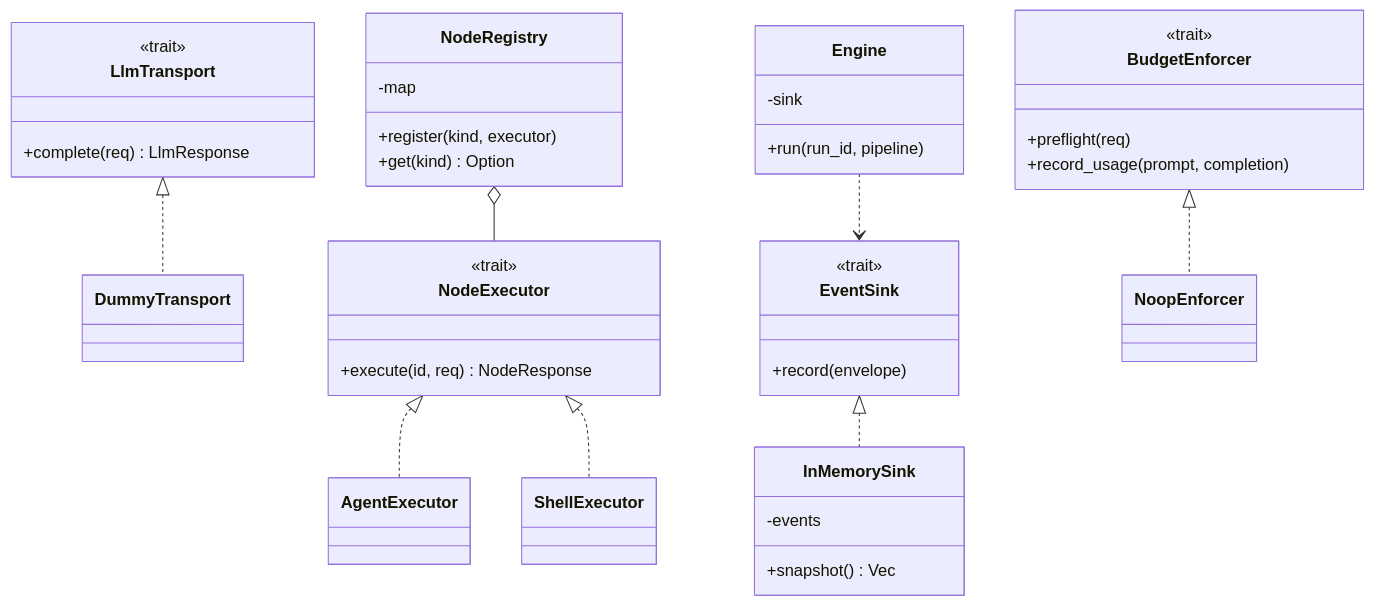
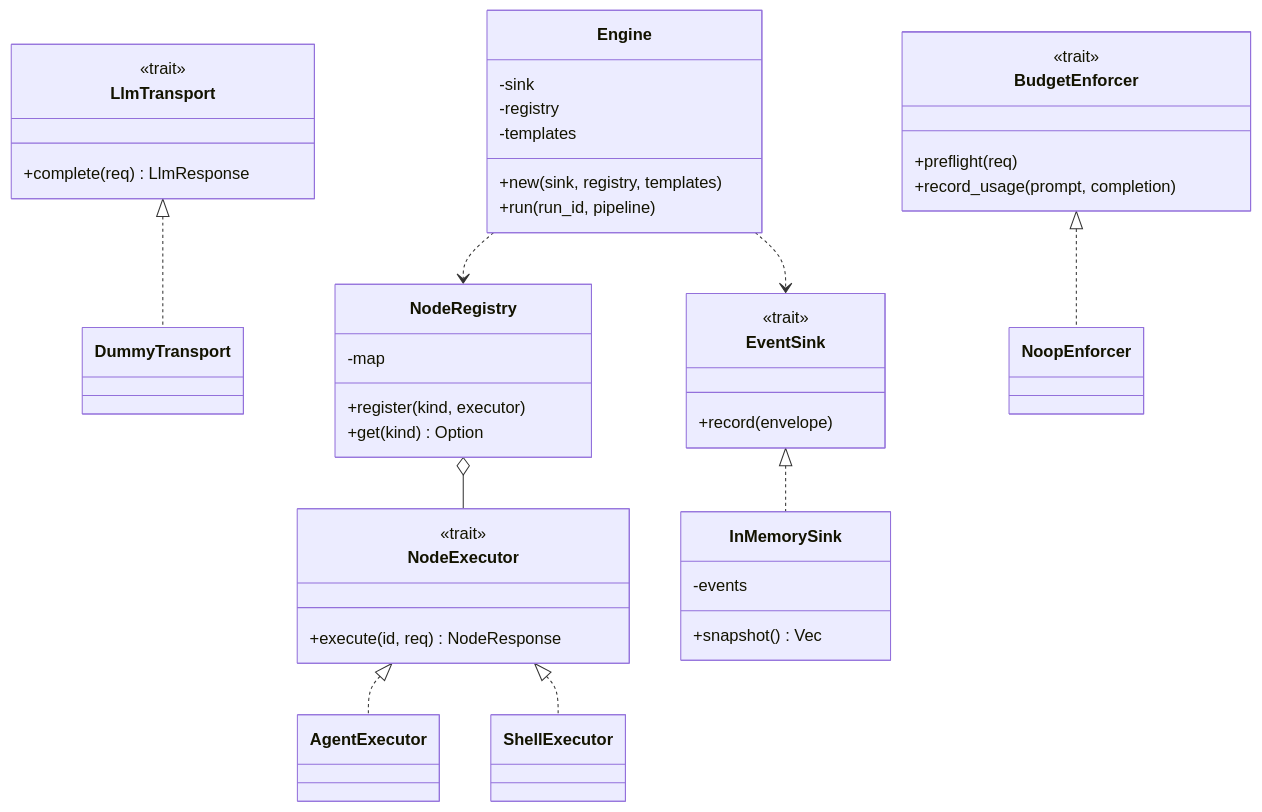
One commit to DoctorMozg/orno changed the sixth of 11 diagrams in docs/flows.md. Above: the diagram before and after it, drawn with Mermaid. The commit also changed other lines of this file and 34 other files, not shown here.

Commit message:
Basic tempaltes and graph

````diff
--- a/docs/flows.md
+++ b/docs/flows.md
@@ -216,49 +242,53 @@
 ```mermaid
 classDiagram
     class LlmTransport {
         <<trait>>
         +complete(req) LlmResponse
     }
     class DummyTransport
     LlmTransport <|.. DummyTransport
 
     class NodeExecutor {
         <<trait>>
         +execute(id, req) NodeResponse
     }
     class AgentExecutor
     class ShellExecutor
     NodeExecutor <|.. AgentExecutor
     NodeExecutor <|.. ShellExecutor
 
     class NodeRegistry {
         -map
         +register(kind, executor)
         +get(kind) Option
     }
     NodeRegistry o-- NodeExecutor
 
     class EventSink {
         <<trait>>
         +record(envelope)
     }
     class InMemorySink {
         -events
         +snapshot() Vec
     }
     EventSink <|.. InMemorySink
 
     class BudgetEnforcer {
         <<trait>>
         +preflight(req)
         +record_usage(prompt, completion)
     }
     class NoopEnforcer
     BudgetEnforcer <|.. NoopEnforcer
 
     class Engine {
         -sink
+        -registry
+        -templates
+        +new(sink, registry, templates)
         +run(run_id, pipeline)
     }
     Engine ..> EventSink
+    Engine ..> NodeRegistry
 ```
````
